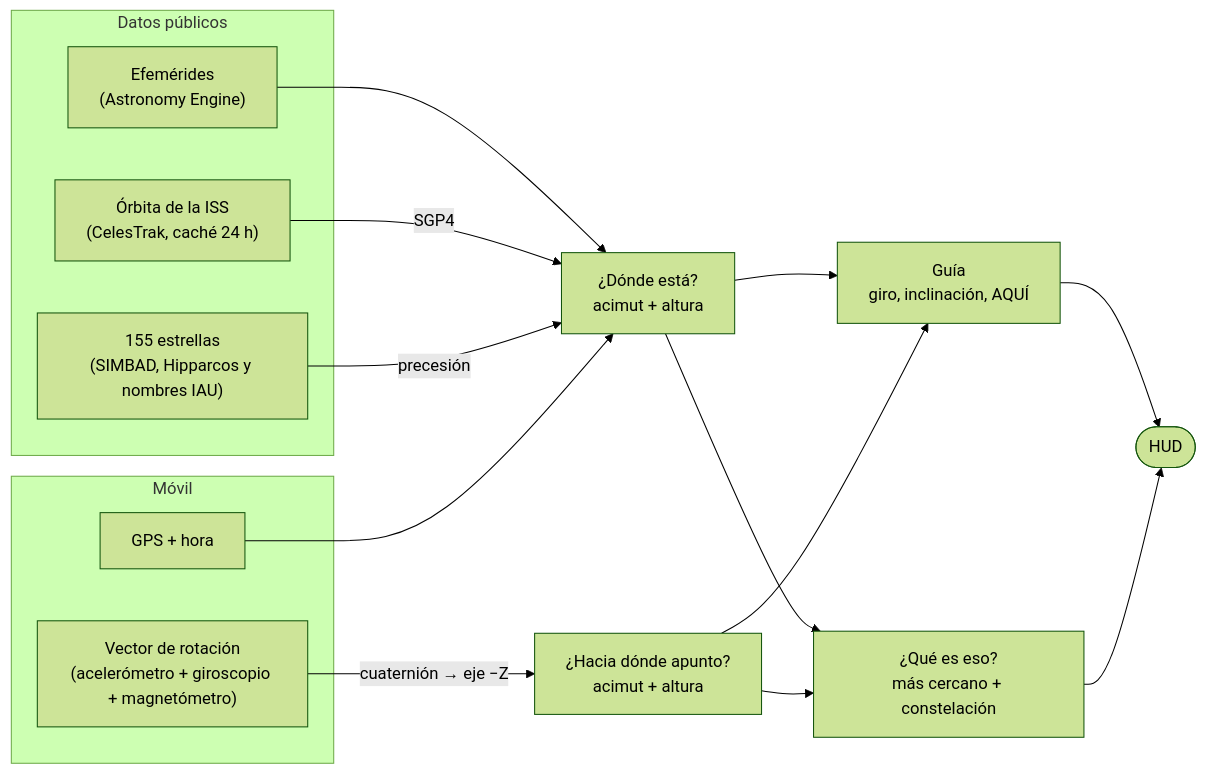
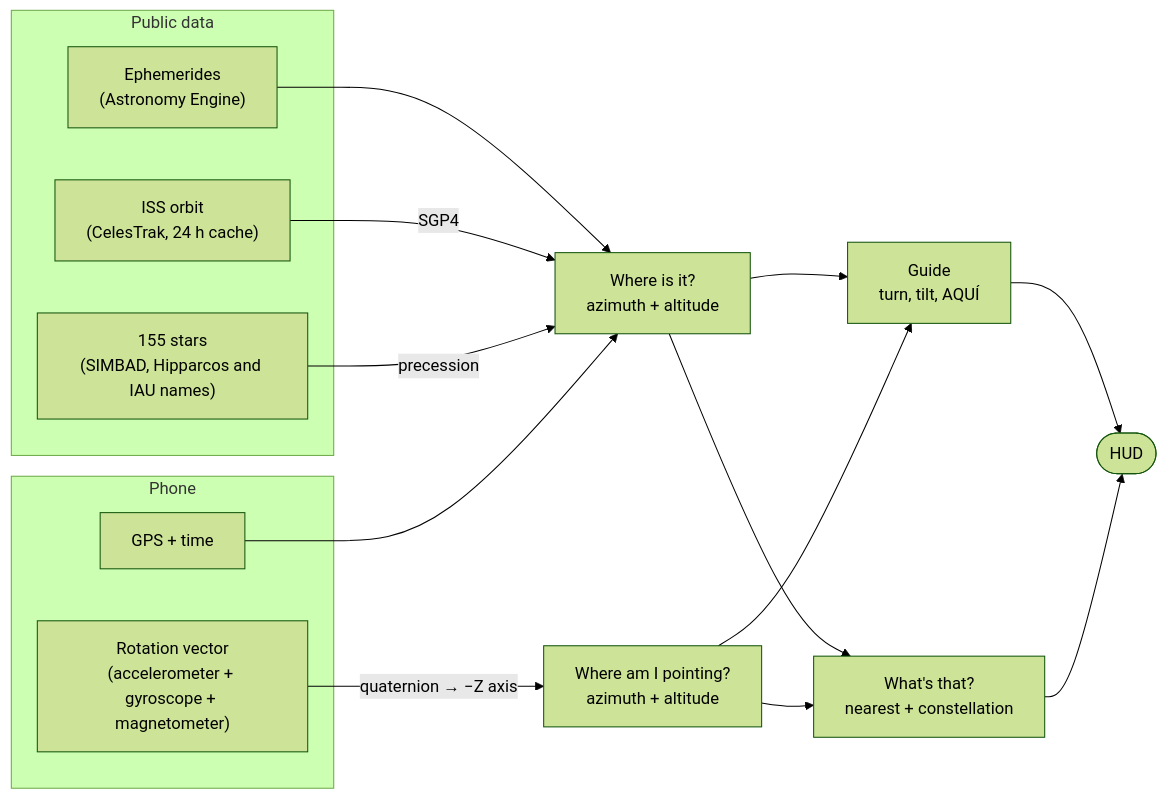
The diagram in README.md (victorvalenciamunoz/CieloHud), drawn with Mermaid (forest theme) before and after one commit. The commit also changed other lines of this file and 1 other file, not shown here.

````diff
--- a/README.md
+++ b/README.md
@@ -101,23 +109,23 @@
 ```mermaid
 flowchart LR
-    subgraph Datos["Datos públicos"]
-        AE["Efemérides<br/>(Astronomy Engine)"]
-        TLE["Órbita de la ISS<br/>(CelesTrak, caché 24 h)"]
-        CAT["155 estrellas<br/>(SIMBAD, Hipparcos y nombres IAU)"]
+    subgraph Data["Public data"]
+        AE["Ephemerides<br/>(Astronomy Engine)"]
+        TLE["ISS orbit<br/>(CelesTrak, 24 h cache)"]
+        CAT["155 stars<br/>(SIMBAD, Hipparcos and IAU names)"]
     end
-    subgraph Movil["Móvil"]
-        GPS["GPS + hora"]
-        ROT["Vector de rotación<br/>(acelerómetro + giroscopio + magnetómetro)"]
+    subgraph Phone["Phone"]
+        GPS["GPS + time"]
+        ROT["Rotation vector<br/>(accelerometer + gyroscope + magnetometer)"]
     end
     AE --> POS
     TLE -- SGP4 --> POS
-    CAT -- precesión --> POS
-    GPS --> POS["¿Dónde está?<br/>acimut + altura"]
-    ROT -- cuaternión → eje −Z --> PTR["¿Hacia dónde apunto?<br/>acimut + altura"]
-    POS --> G["Guía<br/>giro, inclinación, AQUÍ"]
+    CAT -- precession --> POS
+    GPS --> POS["Where is it?<br/>azimuth + altitude"]
+    ROT -- quaternion → −Z axis --> PTR["Where am I pointing?<br/>azimuth + altitude"]
+    POS --> G["Guide<br/>turn, tilt, AQUÍ"]
     PTR --> G
-    POS --> ID["¿Qué es eso?<br/>más cercano + constelación"]
+    POS --> ID["What's that?<br/>nearest + constellation"]
     PTR --> ID
     G --> HUD(["HUD"])
     ID --> HUD
 ```
````
